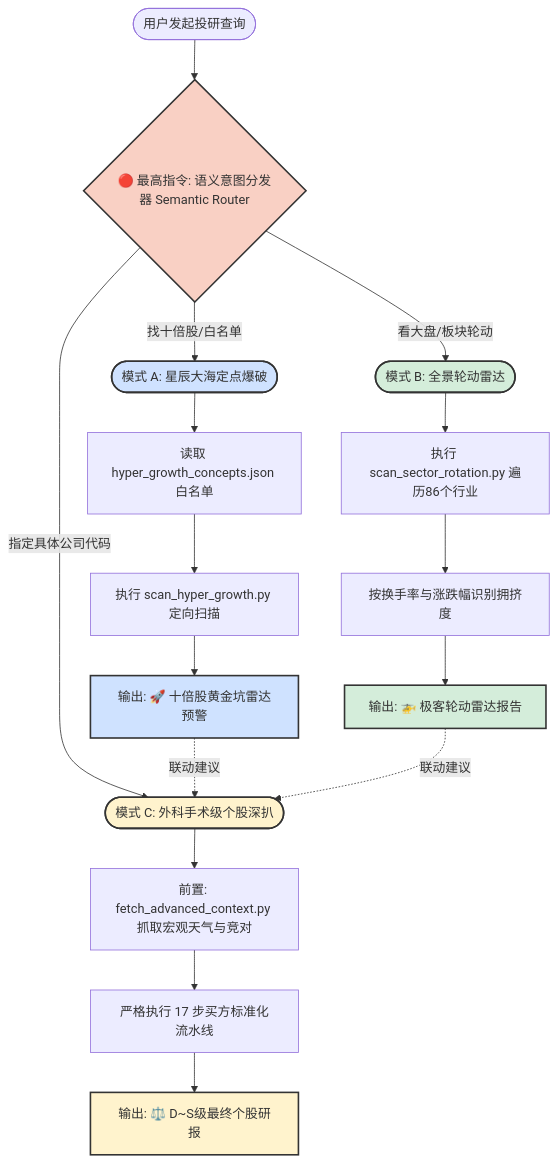
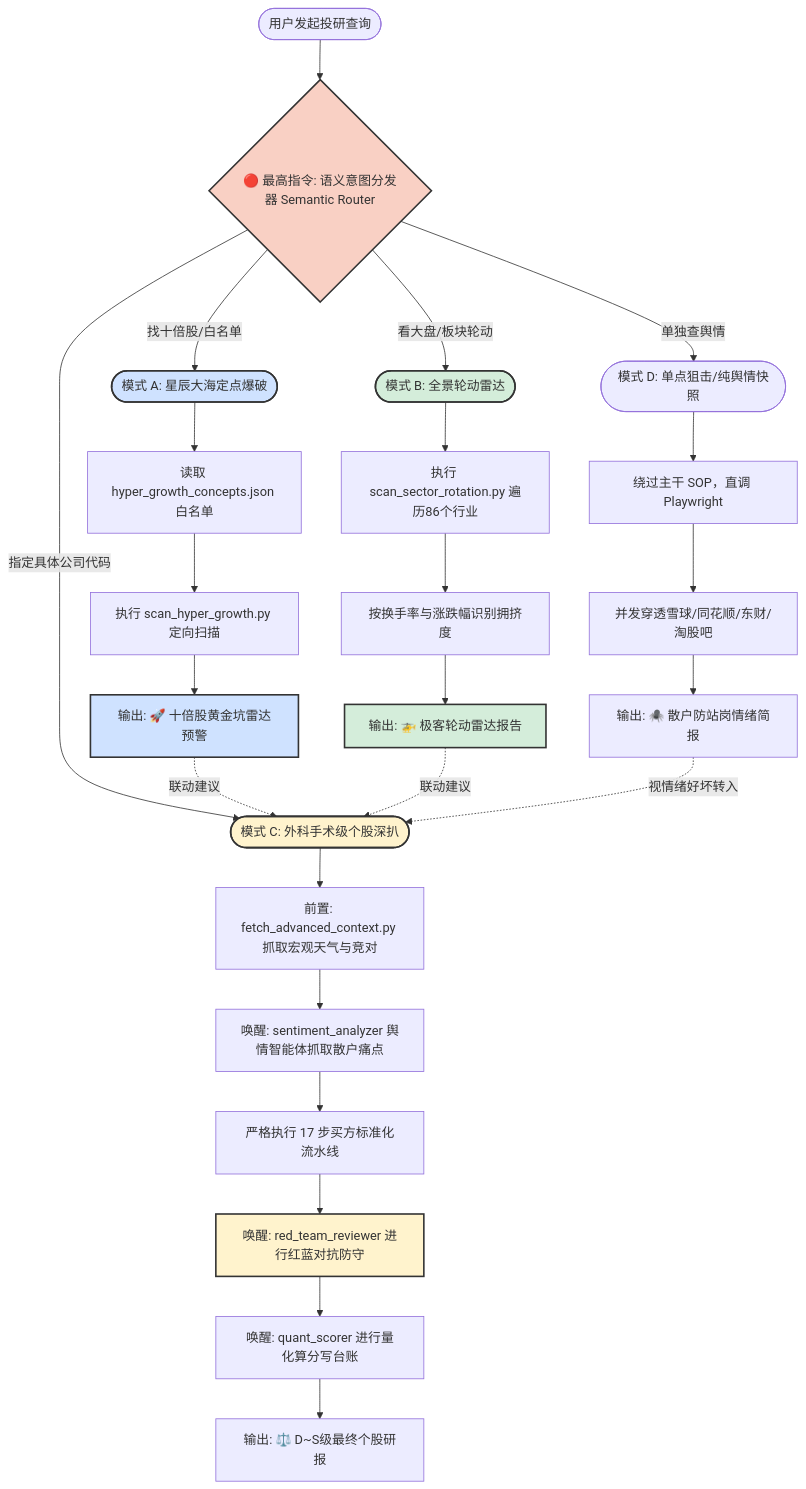
The diagram in README.md (nihong/company-researcher), drawn with Mermaid before and after one commit. The commit also changed other lines of this file and 1 other file, not shown here.

````diff
--- a/README.md
+++ b/README.md
@@ -24,31 +24,40 @@
 ```mermaid
 graph TD
     A([用户发起投研查询]) --> B{🔴 最高指令: 语义意图分发器 Semantic Router}
     
     B -- "找十倍股/白名单" --> C([模式 A: 星辰大海定点爆破])
     C --> C1[读取 hyper_growth_concepts.json 白名单]
     C1 --> C2[执行 scan_hyper_growth.py 定向扫描]
     C2 --> C3[输出: 🚀 十倍股黄金坑雷达预警]
     
     B -- "看大盘/板块轮动" --> D([模式 B: 全景轮动雷达])
     D --> D1[执行 scan_sector_rotation.py 遍历86个行业]
     D1 --> D2[按换手率与涨跌幅识别拥挤度]
     D2 --> D3[输出: 🚁 极客轮动雷达报告]
     
     B -- "指定具体公司代码" --> E([模式 C: 外科手术级个股深扒])
     E --> E1[前置: fetch_advanced_context.py 抓取宏观天气与竞对]
-    E1 --> E2[严格执行 17 步买方标准化流水线]
-    E2 --> E3[输出: ⚖️ D~S级最终个股研报]
+    E1 --> E1_1[唤醒: sentiment_analyzer 舆情智能体抓取散户痛点]
+    E1_1 --> E2[严格执行 17 步买方标准化流水线]
+    E2 --> E3[唤醒: red_team_reviewer 进行红蓝对抗防守]
+    E3 --> E4[唤醒: quant_scorer 进行量化算分写台账]
+    E4 --> E5[输出: ⚖️ D~S级最终个股研报]
+    
+    B -- "单独查舆情" --> F([模式 D: 单点狙击/纯舆情快照])
+    F --> F1[绕过主干 SOP，直调 Playwright]
+    F1 --> F2[并发穿透雪球/同花顺/东财/淘股吧]
+    F2 --> F3[输出: 🕷️ 散户防站岗情绪简报]
     
     C3 -.->|联动建议| E
     D3 -.->|联动建议| E
+    F3 -.->|视情绪好坏转入| E
     
     classDef red fill:#f9d0c4,stroke:#333,stroke-width:2px;
     class B red;
     classDef blue fill:#cfe2ff,stroke:#333,stroke-width:2px;
     class C,C3 blue;
     classDef green fill:#d4edda,stroke:#333,stroke-width:2px;
     class D,D3 green;
     classDef yellow fill:#fff3cd,stroke:#333,stroke-width:2px;
     class E,E3 yellow;
 ```
````
